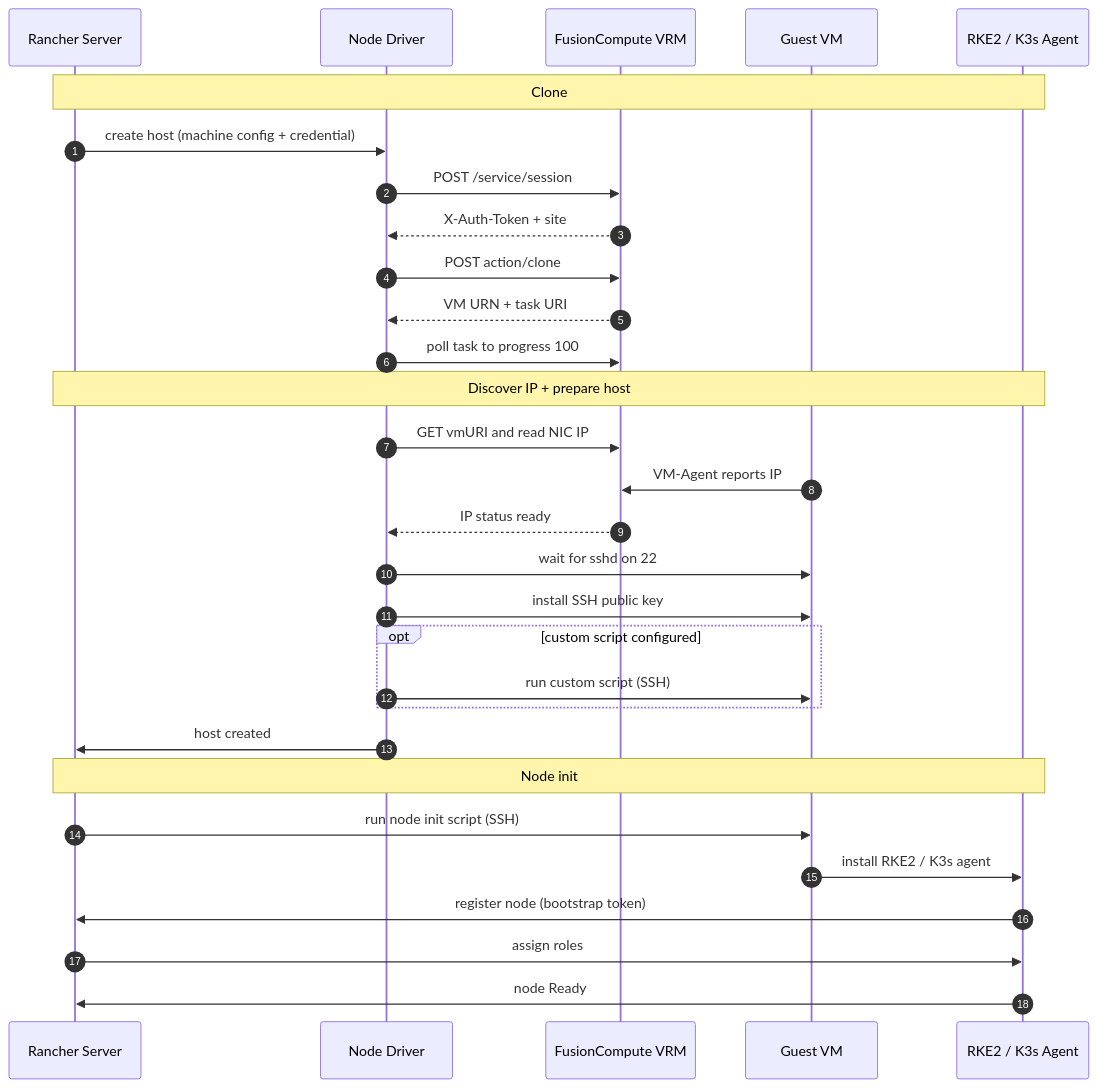
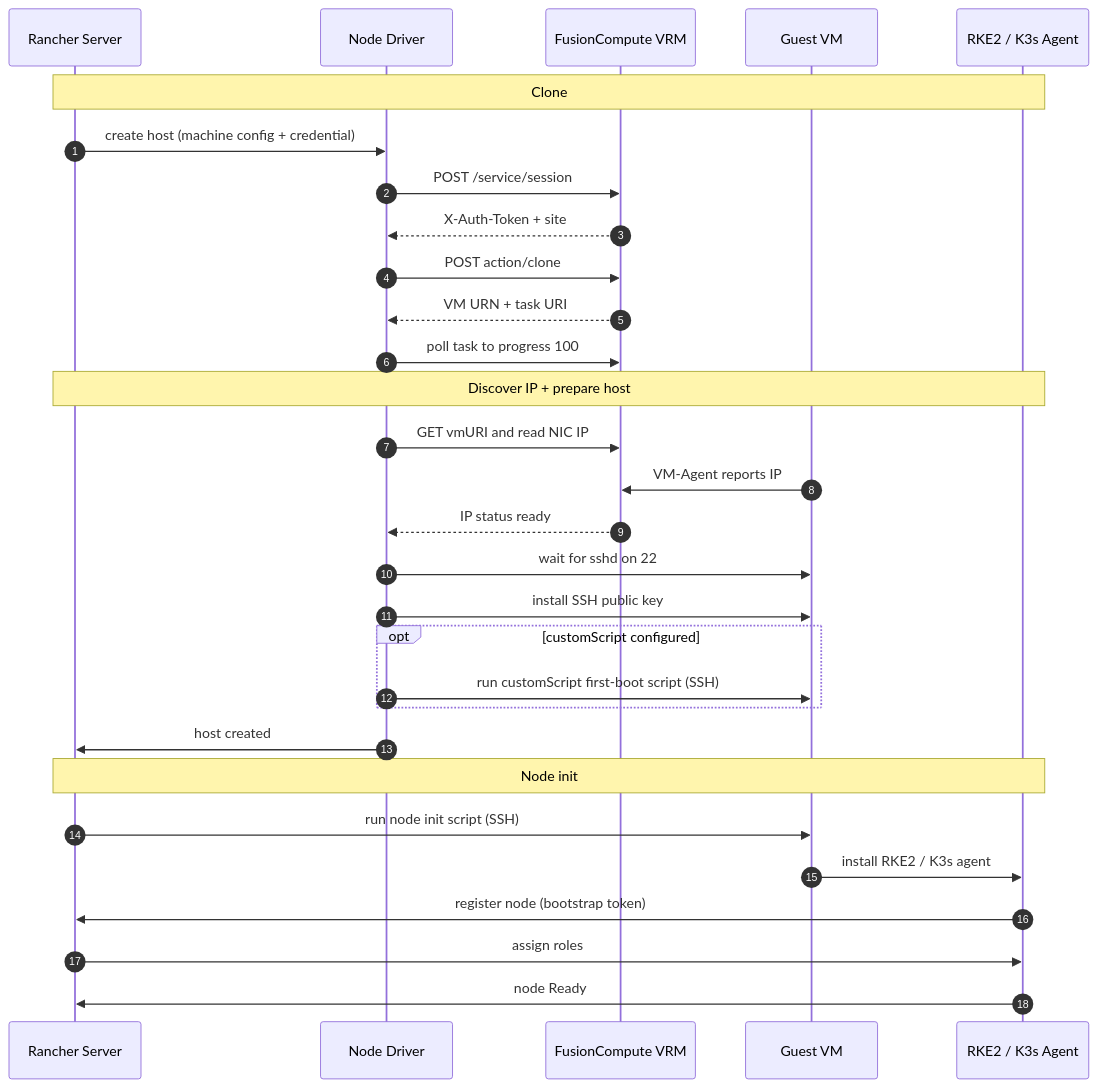
The diagram in README.md (chris-ng-1987/rancher-huawei-fusioncompute-node-provider), drawn with Mermaid before and after one commit. The commit also changed other lines of this file and 5 other files, not shown here.

First line of the commit message:
fix(driver): clarify customScript vs Rancher node init logs

````diff
--- a/README.md
+++ b/README.md
@@ -154,35 +154,35 @@
 ```mermaid
 sequenceDiagram
     autonumber
     participant Rancher as Rancher Server
     participant Driver as Node Driver
     participant VRM as FusionCompute VRM
     participant Guest as Guest VM
     participant Agent as RKE2 / K3s Agent
 
     Note over Rancher,Agent: Clone
     Rancher->>Driver: create host (machine config + credential)
     Driver->>VRM: POST /service/session
     VRM-->>Driver: X-Auth-Token + site
     Driver->>VRM: POST action/clone
     VRM-->>Driver: VM URN + task URI
     Driver->>VRM: poll task to progress 100
 
     Note over Rancher,Agent: Discover IP + prepare host
     Driver->>VRM: GET vmURI and read NIC IP
     Guest->>VRM: VM-Agent reports IP
     VRM-->>Driver: IP status ready
     Driver->>Guest: wait for sshd on 22
     Driver->>Guest: install SSH public key
-    opt custom script configured
-        Driver->>Guest: run custom script (SSH)
+    opt customScript configured
+        Driver->>Guest: run customScript first-boot script (SSH)
     end
     Driver->>Rancher: host created
 
     Note over Rancher,Agent: Node init
     Rancher->>Guest: run node init script (SSH)
     Guest->>Agent: install RKE2 / K3s agent
     Agent->>Rancher: register node (bootstrap token)
     Rancher->>Agent: assign roles
     Agent->>Rancher: node Ready
 ```
````
